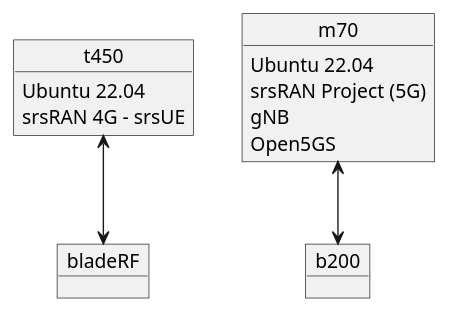
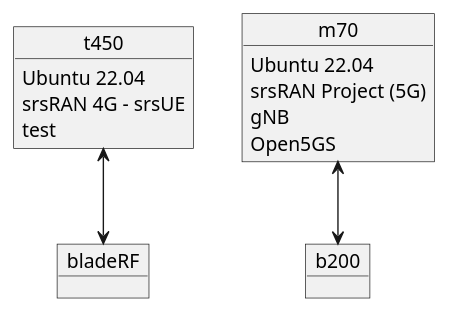
One commit to macclab-stevens/Tutorials changed the diagram in bladeRF_Ue_Setup.puml. Above: the diagram before and after it, drawn with PlantUML.

```diff
--- a/bladeRF_Ue_Setup.puml
+++ b/bladeRF_Ue_Setup.puml
@@ -1,17 +1,18 @@
 @startuml
 object t450{
 Ubuntu 22.04
 srsRAN 4G - srsUE
+test
 }
 object bladeRF
 object m70{
 Ubuntu 22.04
 srsRAN Project (5G)
 gNB
 Open5GS
 }
 object b200
 
 t450 <--> bladeRF
 m70 <--> b200
 @enduml
```
